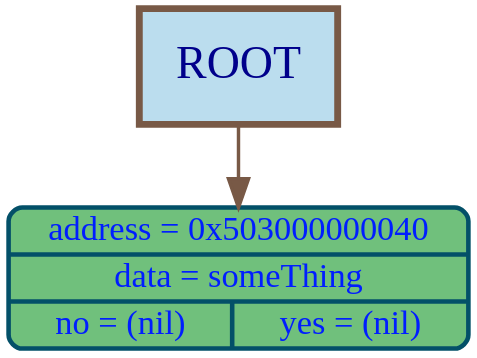
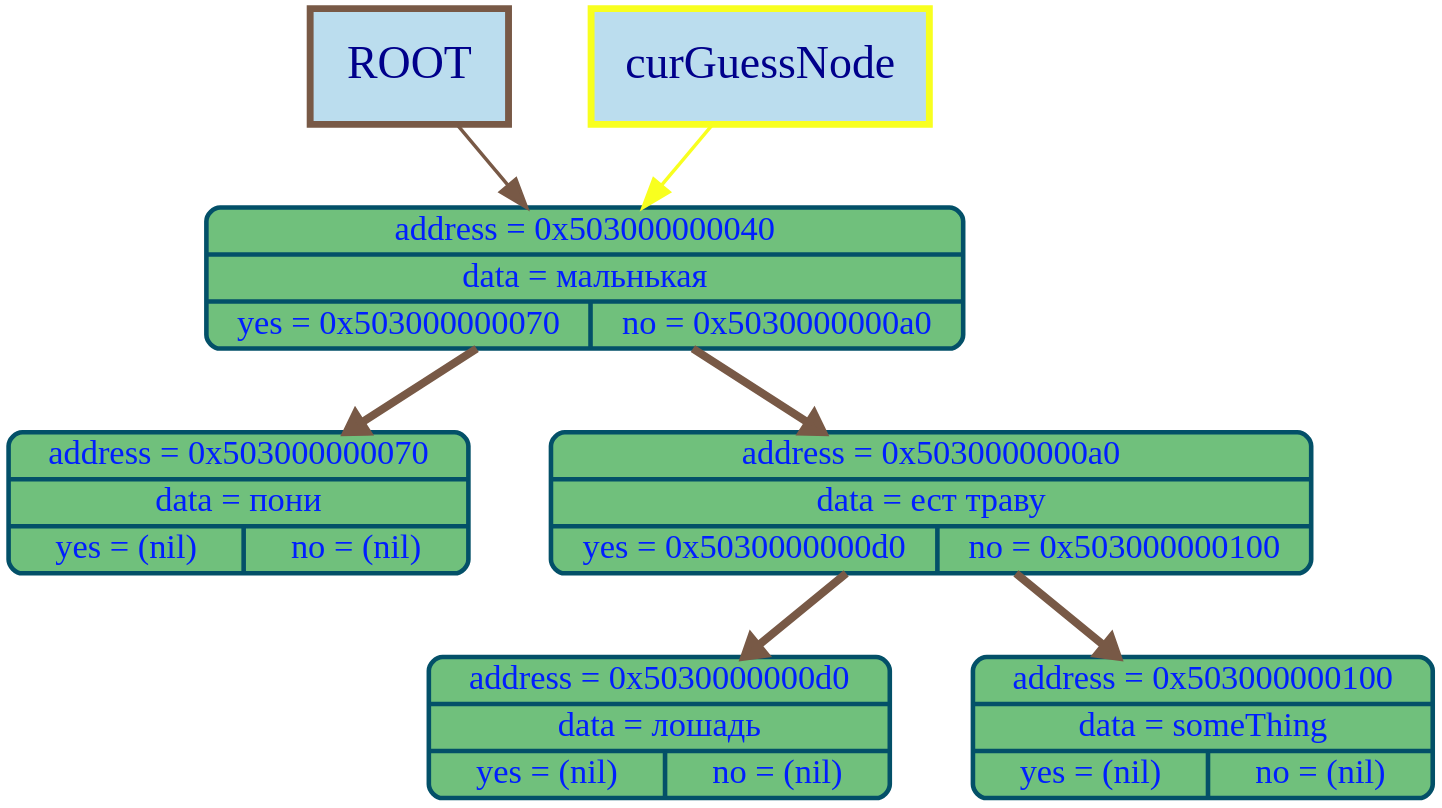
One commit to timoko3/akinator changed the diagram in graphDumps/graphDump.dot. Above: the diagram before and after it, drawn with Graphviz. The commit also changed 38 other files, not shown here.

Commit message:
fully working guess version and saveDataBase

```diff
--- a/graphDumps/graphDump.dot
+++ b/graphDumps/graphDump.dot
@@ -1,10 +1,20 @@
 digraph G {
 bgcolor="transparent"
 nodesep = 1;
 ranksep = 1
 	node [shape=Mrecord, style="filled", fillcolor="#70c07cff", fontcolor="#001effff", color="#035068ff", penwidth=4, fontname="Menlo", fontsize=30];
 
-	node64 [label="{address = 0x503000000040 | data = someThing | {no = (nil) | yes = (nil)}} "];
+	node64 [label="{address = 0x503000000040 | data = мальнькая | {yes = 0x503000000070 | no = 0x5030000000a0}} "];
+	node112 [label="{address = 0x503000000070 | data = пони | {yes = (nil) | no = (nil)}} "];
+	node160 [label="{address = 0x5030000000a0 | data = ест траву | {yes = 0x5030000000d0 | no = 0x503000000100}} "];
+	node208 [label="{address = 0x5030000000d0 | data = лошадь | {yes = (nil) | no = (nil)}} "];
+	node256 [label="{address = 0x503000000100 | data = someThing | {yes = (nil) | no = (nil)}} "];
+node64 ->node112 [color="#785946ff", arrowsize=1.5, penwidth=7, weight=1000];
+node64->node160 [color="#785946ff", arrowsize=1.5, penwidth=7, weight=1000];
+node160 ->node208 [color="#785946ff", arrowsize=1.5, penwidth=7, weight=1000];
+node160->node256 [color="#785946ff", arrowsize=1.5, penwidth=7, weight=1000];
 root_label [shape=box, width = 2.4, height = 1.4, label="ROOT", style="filled", fillcolor="#BBDDEE", color="#785946ff", penwidth = 6,  fontcolor="darkblue", fontsize = 40];
+cur_node_label [shape=box, width = 2.4, height = 1.4, label="curGuessNode", style="filled", fillcolor="#BBDDEE", color="#f8ff1fff", penwidth = 6,  fontcolor="darkblue", fontsize = 40];
 root_label -> node64 [color="#785946ff"  , arrowsize=2.5, penwidth=3];
+cur_node_label -> node64 [color="#f8ff1fff"  , arrowsize=2.5, penwidth=3];
 }
```
